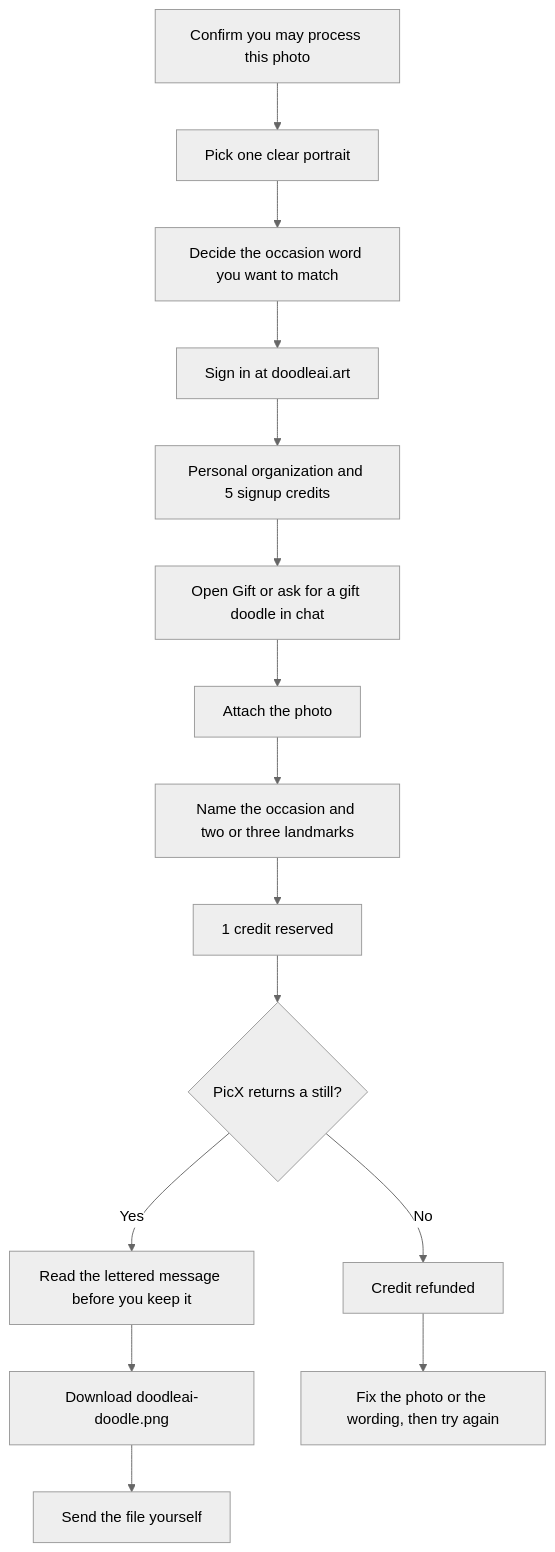
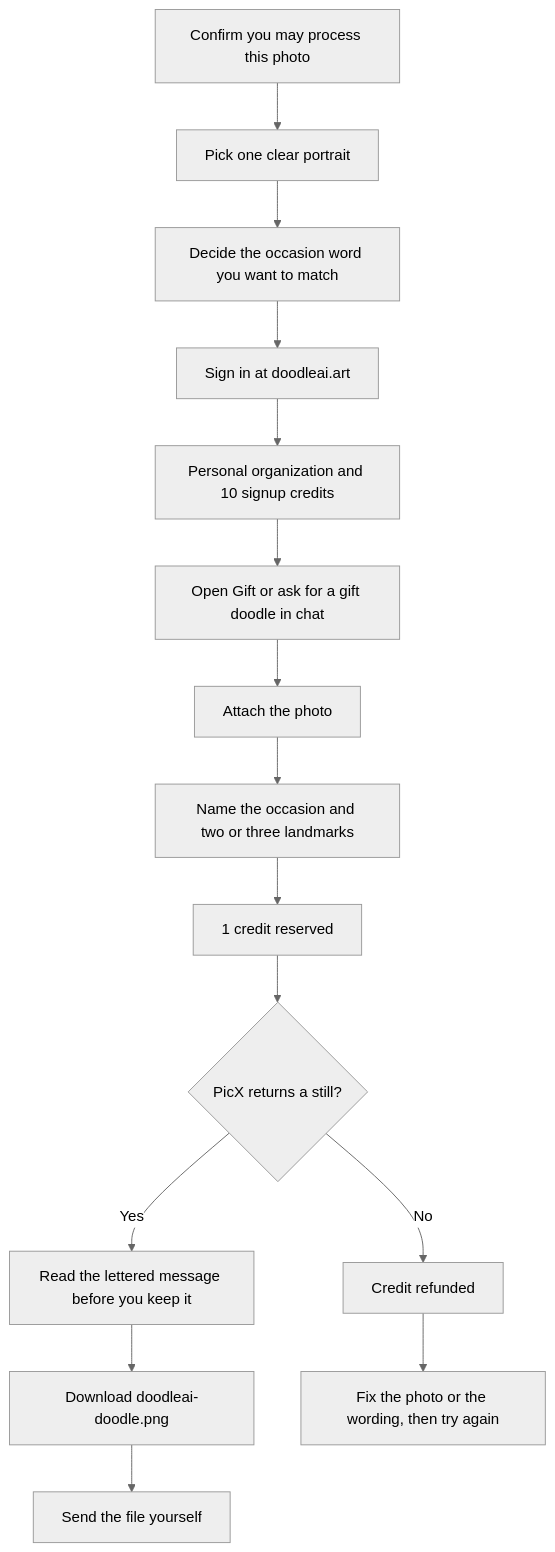
Before and after one commit to Type-Think-AI/doodle-ai: the second of 2 diagrams in src/content/articles/doodle-gift/index.md, drawn with Mermaid (neutral theme). The commit also changed other lines of this file and 17 other files, not shown here.

First line of the commit message:
fix(credits): align leftover public signup-grant copy to 10

````diff
--- a/src/content/articles/doodle-gift/index.md
+++ b/src/content/articles/doodle-gift/index.md
@@ -186,17 +186,17 @@
 ```mermaid
 flowchart TD
   A[Confirm you may process this photo] --> B[Pick one clear portrait]
   B --> C[Decide the occasion word you want to match]
   C --> D[Sign in at doodleai.art]
-  D --> E[Personal organization and 5 signup credits]
+  D --> E[Personal organization and 10 signup credits]
   E --> F[Open Gift or ask for a gift doodle in chat]
   F --> G[Attach the photo]
   G --> H[Name the occasion and two or three landmarks]
   H --> I[1 credit reserved]
   I --> J{PicX returns a still?}
   J -->|Yes| K[Read the lettered message before you keep it]
   J -->|No| L[Credit refunded]
   K --> M[Download doodleai-doodle.png]
   M --> N[Send the file yourself]
   L --> O[Fix the photo or the wording, then try again]
 ```
````
